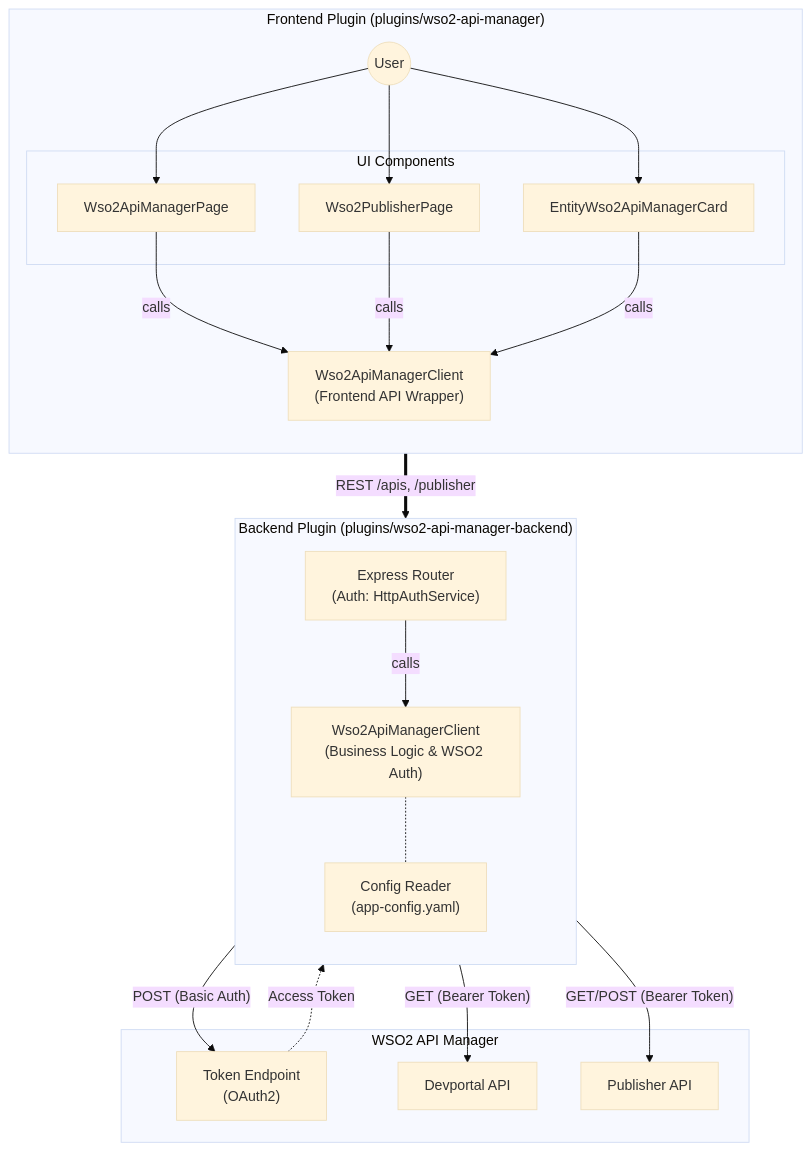
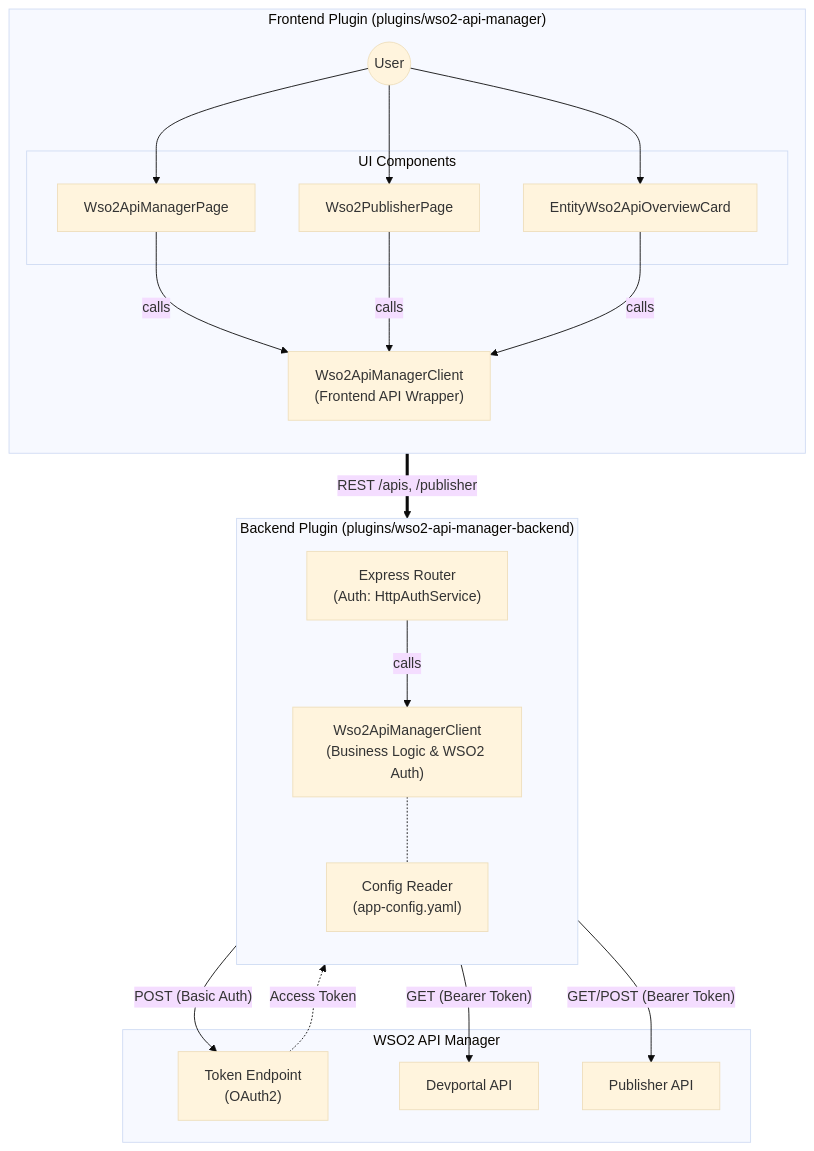
One commit to rithakith/backstage changed the diagram in api-manager-plugins-readme.md. Above: the diagram before and after it, drawn with Mermaid (base theme). The commit also changed other lines of this file and 18 other files, not shown here.

````diff
--- a/api-manager-plugins-readme.md
+++ b/api-manager-plugins-readme.md
@@ -100,49 +100,49 @@
 ```mermaid
 graph TD
     %% User Interaction
     User(("User"))
     
     %% Frontend Plugin
     subgraph "Frontend Plugin (plugins/wso2-api-manager)"
         direction TB
         subgraph "UI Components"
             MgrPage["Wso2ApiManagerPage"]
             PubPage["Wso2PublisherPage"]
-            EntityCard["EntityWso2ApiManagerCard"]
+            EntityCard["EntityWso2ApiOverviewCard"]
         end
         FE_Client["Wso2ApiManagerClient<br/>(Frontend API Wrapper)"]
         
         User --> MgrPage
         User --> PubPage
         User --> EntityCard
         
         MgrPage --"calls"--> FE_Client
         PubPage --"calls"--> FE_Client
         EntityCard --"calls"--> FE_Client
     end
 
     %% Backend Plugin
     subgraph "Backend Plugin (plugins/wso2-api-manager-backend)"
         direction TB
         Router["Express Router<br/>(Auth: HttpAuthService)"]
         BE_Service["Wso2ApiManagerClient<br/>(Business Logic & WSO2 Auth)"]
         Config["Config Reader<br/>(app-config.yaml)"]
         
         FE_Client == "REST /apis, /publisher" ==> Router
         Router --"calls"--> BE_Service
         BE_Service -.- Config
     end
 
     %% External System
     subgraph "WSO2 API Manager"
         TokenEP["Token Endpoint<br/>(OAuth2)"]
         DevportalAPI["Devportal API"]
         PublisherAPI["Publisher API"]
     end
 
     %% Service to WSO2
     BE_Service --"POST (Basic Auth)"--> TokenEP
     TokenEP -.->|"Access Token"| BE_Service
     BE_Service --"GET (Bearer Token)"--> DevportalAPI
     BE_Service --"GET/POST (Bearer Token)"--> PublisherAPI
 ```
````
